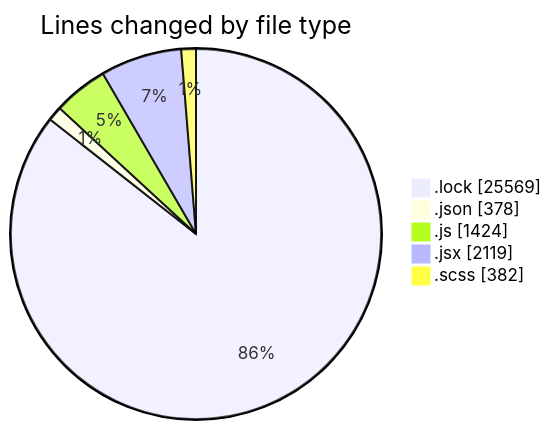
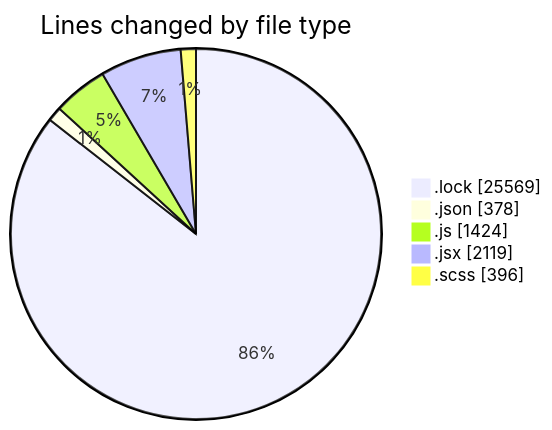
The first of 2 diagrams in 2026-01-07/cda/README.md (momahboobian/code-tracking), drawn with Mermaid before and after one commit. The commit also changed other lines of this file and 1 other file, not shown here.

````diff
--- a/2026-01-07/cda/README.md
+++ b/2026-01-07/cda/README.md
@@ -50,9 +50,9 @@
 ```mermaid
 pie showData
 title Lines changed by file type
 ".lock" : 25569
 ".json" : 378
 ".js" : 1424
 ".jsx" : 2119
-".scss" : 382
+".scss" : 396
 ```
````
